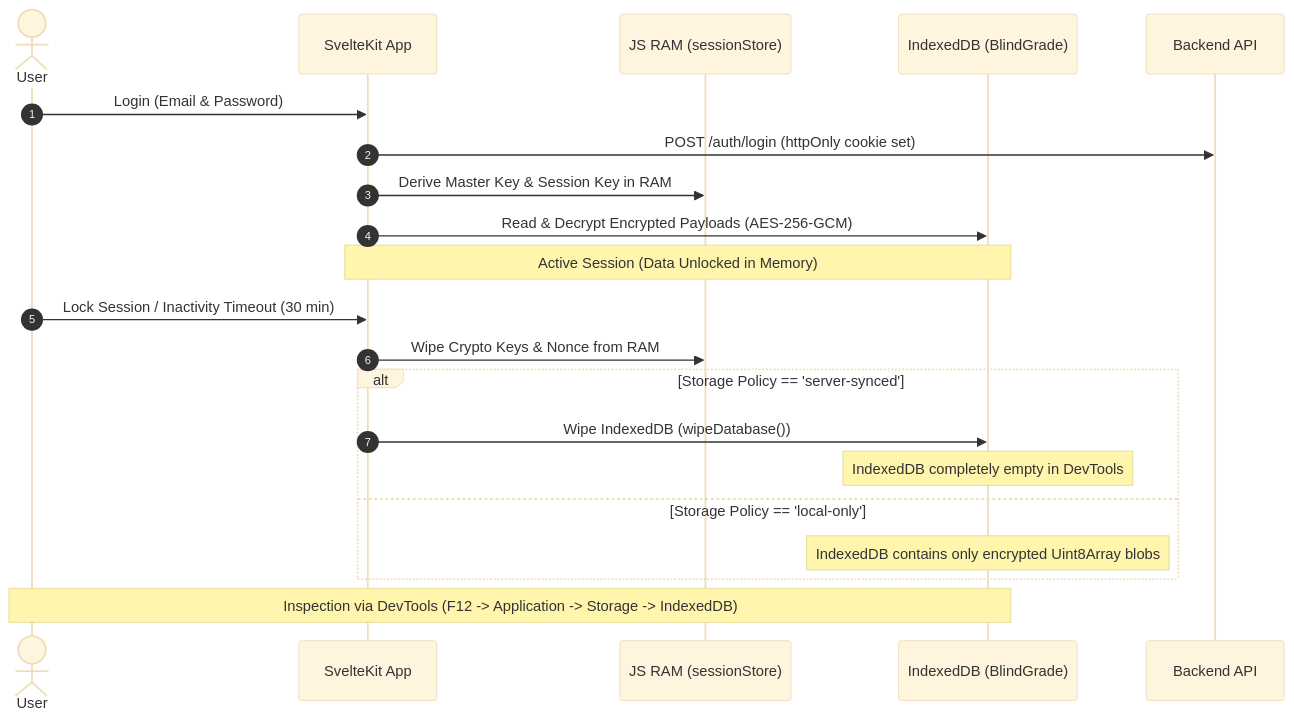
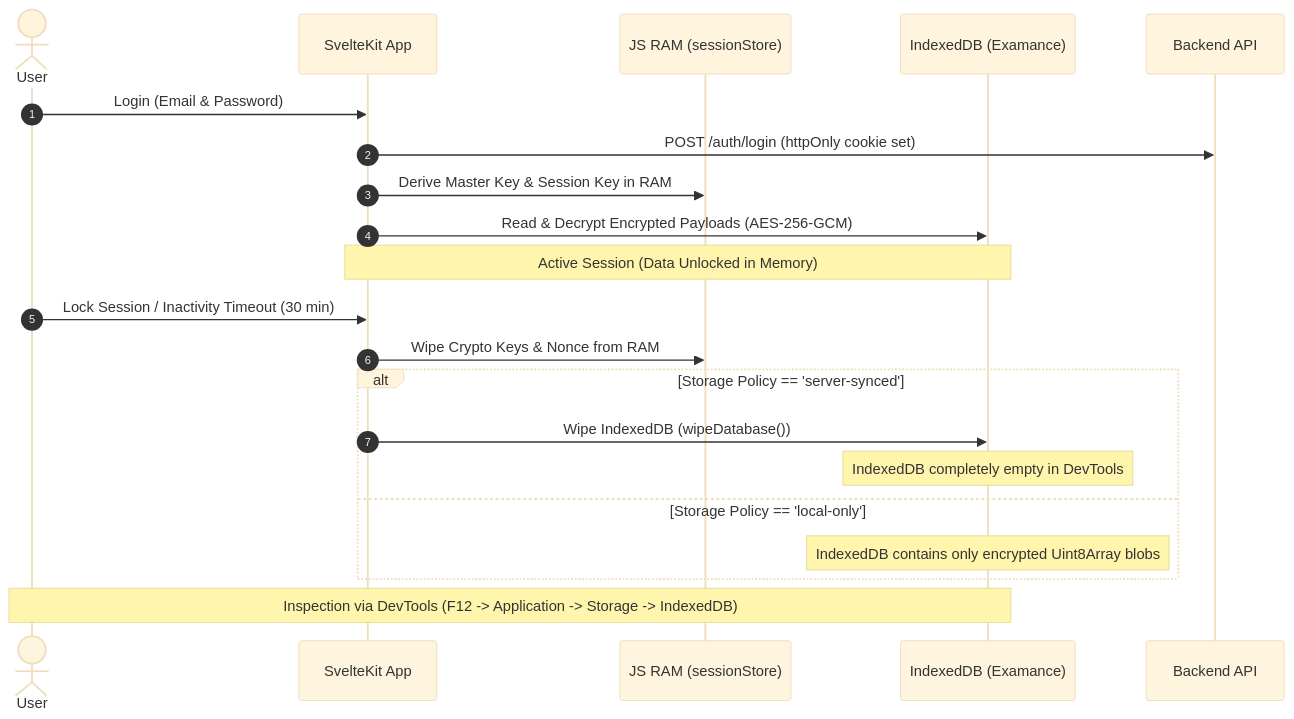
One commit to ValentinHerrmann/BlindGrade changed the second of 3 diagrams in docs/data_flow_and_security.md. Above: the diagram before and after it, drawn with Mermaid (base theme). The commit also changed other lines of this file and 10 other files, not shown here.

````diff
--- a/docs/data_flow_and_security.md
+++ b/docs/data_flow_and_security.md
@@ -58,27 +58,27 @@
 ```mermaid
 sequenceDiagram
     autonumber
     actor User
     participant Page as SvelteKit App
     participant Memory as JS RAM (sessionStore)
-    participant IDB as IndexedDB (BlindGrade)
+    participant IDB as IndexedDB (Examance)
     participant Server as Backend API
 
     User->>Page: Login (Email & Password)
     Page->>Server: POST /auth/login (httpOnly cookie set)
     Page->>Memory: Derive Master Key & Session Key in RAM
     Page->>IDB: Read & Decrypt Encrypted Payloads (AES-256-GCM)
 
     Note over Page,IDB: Active Session (Data Unlocked in Memory)
 
     User->>Page: Lock Session / Inactivity Timeout (30 min)
     Page->>Memory: Wipe Crypto Keys & Nonce from RAM
     alt Storage Policy == 'server-synced'
         Page->>IDB: Wipe IndexedDB (wipeDatabase())
         Note over IDB: IndexedDB completely empty in DevTools
     else Storage Policy == 'local-only'
         Note over IDB: IndexedDB contains only encrypted Uint8Array blobs
     end
 
     Note over User,IDB: Inspection via DevTools (F12 -> Application -> Storage -> IndexedDB)
 ```
````
